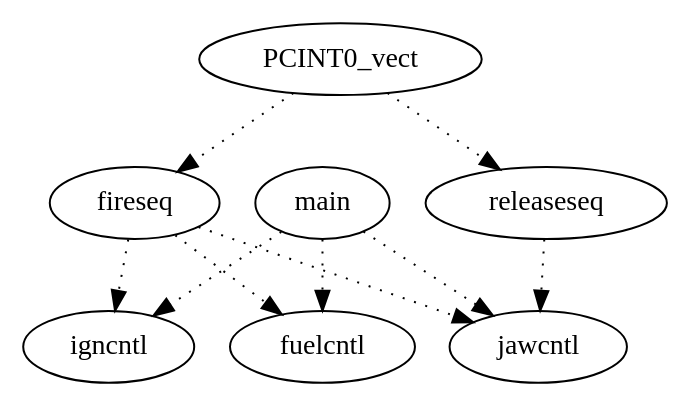
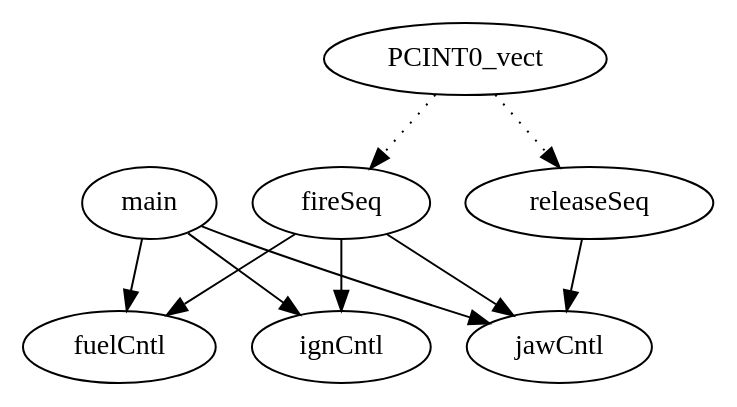
Before and after one commit to bjornburton/ChampBot2016: the diagram in Firmware/jawAndFireControl/jafco.dot, drawn with Graphviz. The commit also changed 8 other files, not shown here.

First line of the commit message:
Updated Makefile for installavr. Setup pwm for jaw and fuel.

```diff
--- a/Firmware/jawAndFireControl/jafco.dot
+++ b/Firmware/jawAndFireControl/jafco.dot
@@ -1,11 +1,11 @@
 digraph callgraph {
-"releaseseq" -> "jawcntl" [style=dotted];
-"PCINT0_vect" -> "fireseq" [style=dotted];
-"PCINT0_vect" -> "releaseseq" [style=dotted];
-"main" -> "igncntl" [style=dotted];
-"main" -> "jawcntl" [style=dotted];
-"main" -> "fuelcntl" [style=dotted];
-"fireseq" -> "fuelcntl" [style=dotted];
-"fireseq" -> "jawcntl" [style=dotted];
-"fireseq" -> "igncntl" [style=dotted];
+"fireSeq" -> "ignCntl" [style=solid];
+"fireSeq" -> "fuelCntl" [style=solid];
+"fireSeq" -> "jawCntl" [style=solid];
+"PCINT0_vect" -> "fireSeq" [style=dotted];
+"PCINT0_vect" -> "releaseSeq" [style=dotted];
+"main" -> "fuelCntl" [style=solid];
+"main" -> "ignCntl" [style=solid];
+"main" -> "jawCntl" [style=solid];
+"releaseSeq" -> "jawCntl" [style=solid];
 }
```
